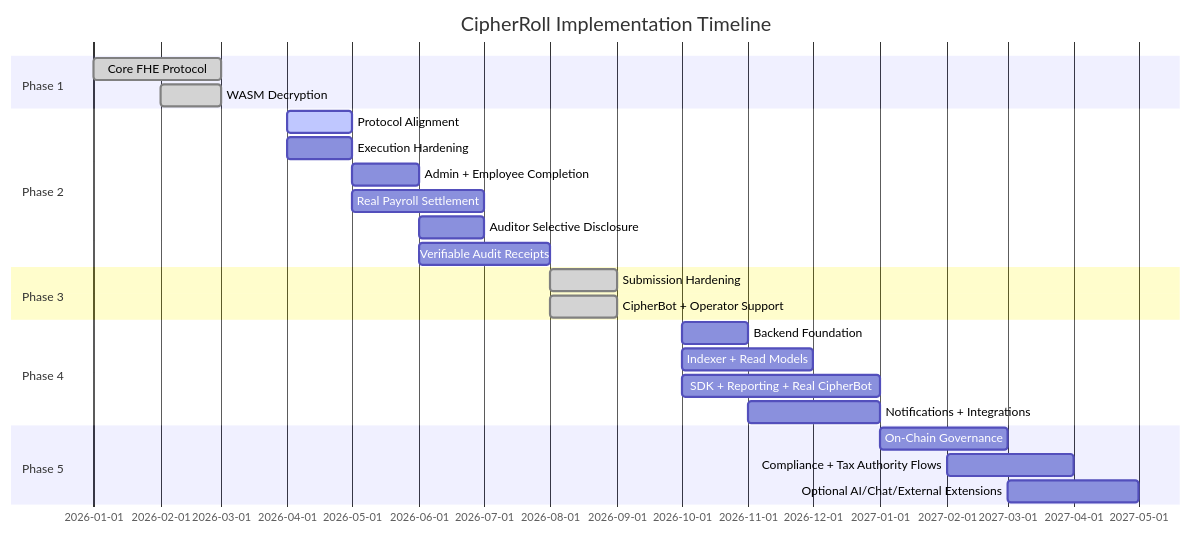
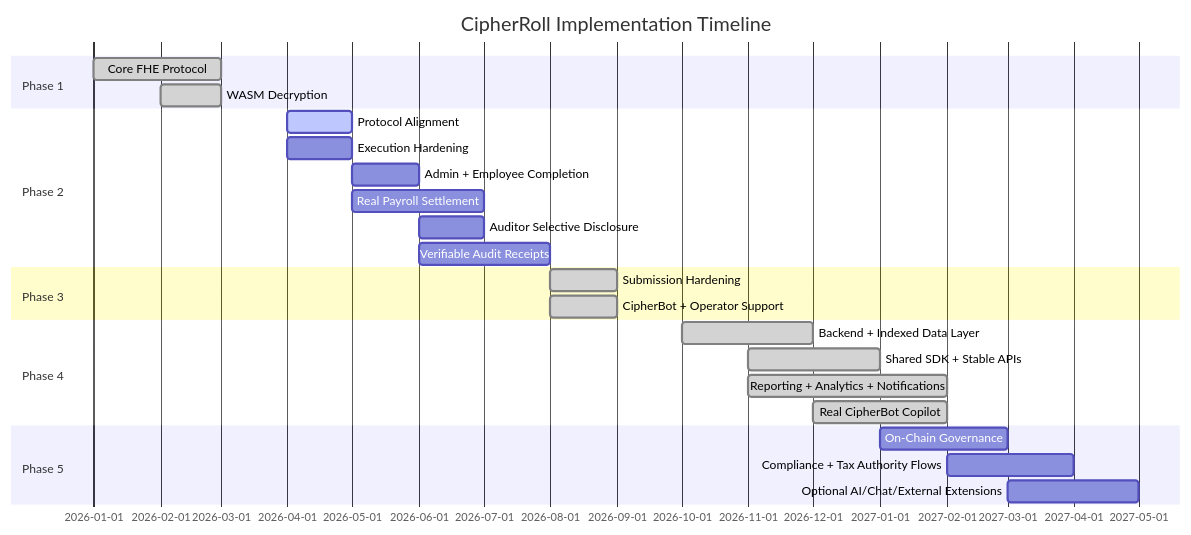
The diagram in docs/ROADMAP.md (PhanTom497/CipherRoll), drawn with Mermaid before and after one commit. The commit also changed other lines of this file and 49 other files, not shown here.

Commit message:
cipherbot expansion , backend , sdk

````diff
--- a/docs/ROADMAP.md
+++ b/docs/ROADMAP.md
@@ -163,27 +206,27 @@
 ```mermaid
 gantt
     title CipherRoll Implementation Timeline
     dateFormat YYYY-MM
     section Phase 1
     Core FHE Protocol :done, p1, 2026-01, 2026-03
     WASM Decryption :done, p2, 2026-02, 2026-03
     section Phase 2
     Protocol Alignment :active, p3, 2026-04, 2026-05
     Execution Hardening : p4, 2026-04, 2026-05
     Admin + Employee Completion : p5, 2026-05, 2026-06
     Real Payroll Settlement : p6, 2026-05, 2026-07
     Auditor Selective Disclosure : p7, 2026-06, 2026-07
     Verifiable Audit Receipts : p8, 2026-06, 2026-08
     section Phase 3
     Submission Hardening :done, p9, 2026-08, 2026-09
     CipherBot + Operator Support :done, p10, 2026-08, 2026-09
     section Phase 4
-    Backend Foundation : p11, 2026-10, 2026-11
-    Indexer + Read Models : p12, 2026-10, 2026-12
-    SDK + Reporting + Real CipherBot : p13, 2026-10, 2027-01
-    Notifications + Integrations : p14, 2026-11, 2027-01
+    Backend + Indexed Data Layer :done, p11, 2026-10, 2026-12
+    Shared SDK + Stable APIs :done, p12, 2026-11, 2027-01
+    Reporting + Analytics + Notifications :done, p13, 2026-11, 2027-02
+    Real CipherBot Copilot :done, p14, 2026-12, 2027-02
     section Phase 5
     On-Chain Governance : p15, 2027-01, 2027-03
     Compliance + Tax Authority Flows : p16, 2027-02, 2027-04
     Optional AI/Chat/External Extensions : p17, 2027-03, 2027-05
 ```
````
